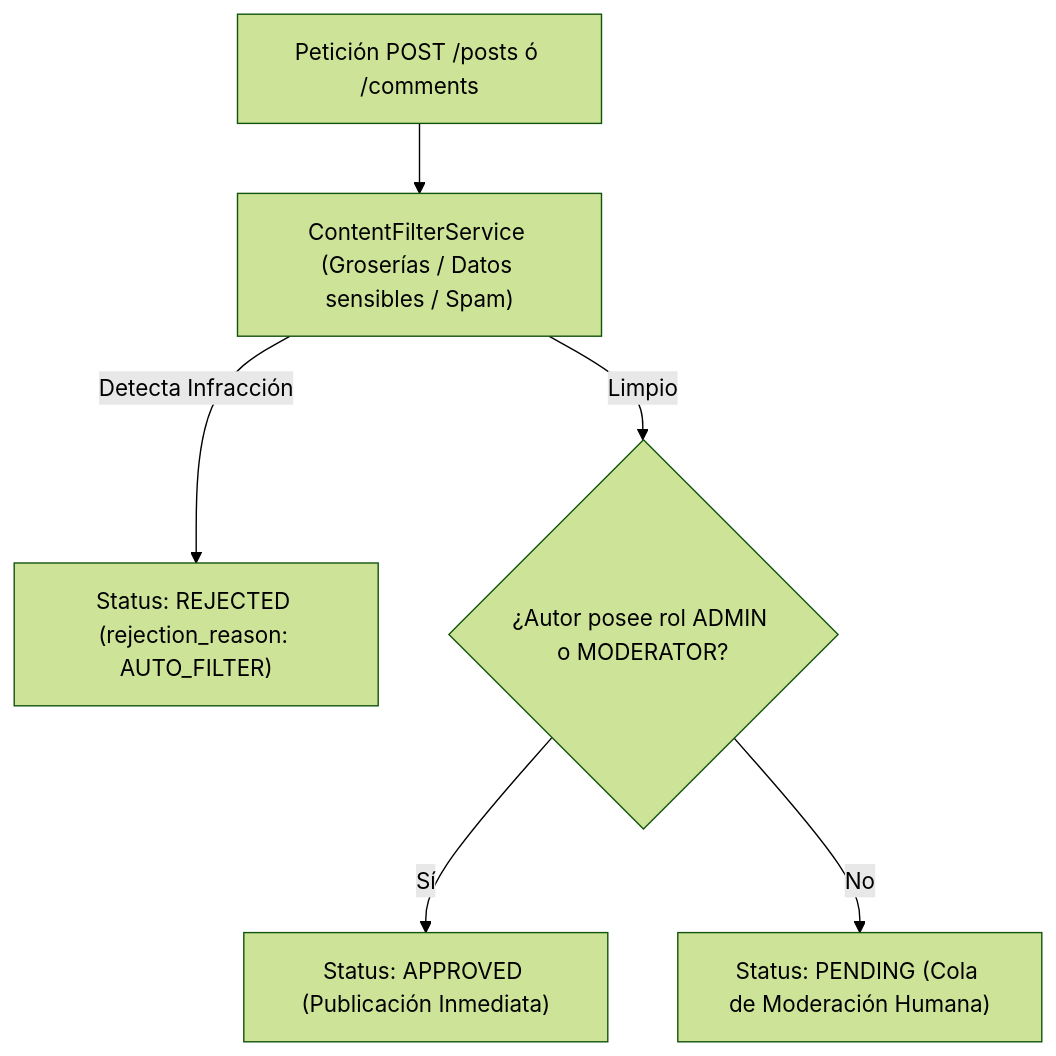
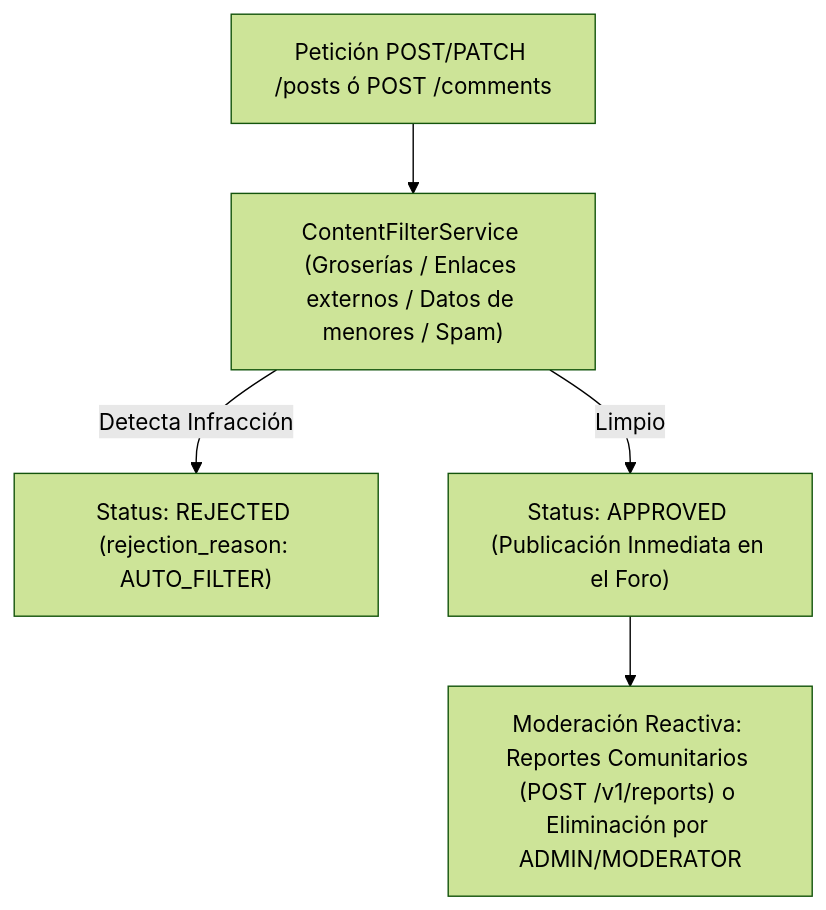
Before and after one commit to AlejoPress4/Asisconection: the diagram in docs/implementacion-multimedia-y-moderacion.md, drawn with Mermaid (forest theme). The commit also changed other lines of this file and 21 other files, not shown here.

````diff
--- a/docs/implementacion-multimedia-y-moderacion.md
+++ b/docs/implementacion-multimedia-y-moderacion.md
@@ -97,8 +97,7 @@
 ```mermaid
 flowchart TD
-    A["Petición POST /posts ó /comments"] --> B["ContentFilterService (Groserías / Datos sensibles / Spam)"]
+    A["Petición POST/PATCH /posts ó POST /comments"] --> B["ContentFilterService (Groserías / Enlaces externos / Datos de menores / Spam)"]
     B -->|Detecta Infracción| C["Status: REJECTED (rejection_reason: AUTO_FILTER)"]
-    B -->|Limpio| D{"¿Autor posee rol ADMIN o MODERATOR?"}
-    D -->|Sí| E["Status: APPROVED (Publicación Inmediata)"]
-    D -->|No| F["Status: PENDING (Cola de Moderación Humana)"]
+    B -->|Limpio| D["Status: APPROVED (Publicación Inmediata en el Foro)"]
+    D --> E["Moderación Reactiva: Reportes Comunitarios (POST /v1/reports) o Eliminación por ADMIN/MODERATOR"]
 ```
````
